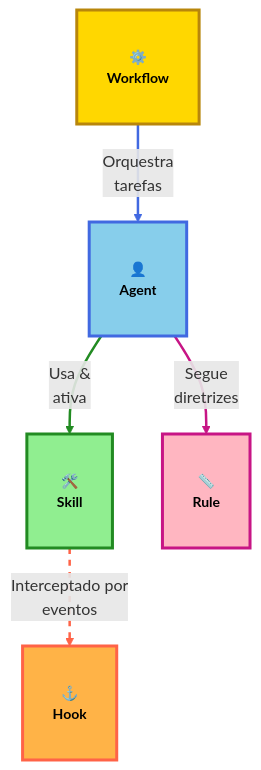
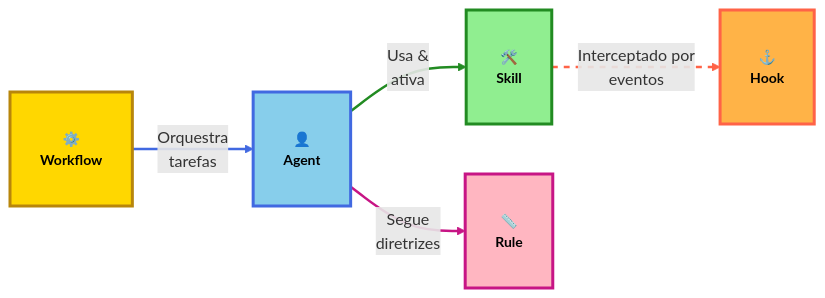
The diagram in src/index.md (juninmd/skills), drawn with Mermaid before and after one commit. The commit also changed other lines of this file and 3 other files, not shown here.

````diff
--- a/src/index.md
+++ b/src/index.md
@@ -559,34 +278,34 @@
 ```mermaid
-flowchart TD
+flowchart LR
   %% Nodes with icons and emojis
   Workflow["⚙️<br/>Workflow"]
   Agent["👤<br/>Agent"]
   Skill["🛠️<br/>Skill"]
   Rule["📏<br/>Rule"]
   Hook["⚓<br/>Hook"]
 
   %% Edges with descriptive labels
   Workflow -->|Orquestra<br/>tarefas| Agent
   Agent -->|Usa &<br/>ativa| Skill
   Agent -->|Segue<br/>diretrizes| Rule
   Skill -->|Interceptado por<br/>eventos| Hook
 
   %% Enhanced styling with better contrast and padding
   classDef workflow fill:#FFD700,stroke:#B8860B,stroke-width:3px,color:#000,font-size:14px,font-weight:bold,padding:15px;
   classDef agent fill:#87CEEB,stroke:#4169E1,stroke-width:3px,color:#000,font-size:14px,font-weight:bold,padding:15px;
   classDef skill fill:#90EE90,stroke:#228B22,stroke-width:3px,color:#000,font-size:14px,font-weight:bold,padding:15px;
   classDef rule fill:#FFB6C1,stroke:#C71585,stroke-width:3px,color:#000,font-size:14px,font-weight:bold,padding:15px;
   classDef hook fill:#FFB347,stroke:#FF6347,stroke-width:3px,color:#000,font-size:14px,font-weight:bold,padding:15px;
 
   class Workflow workflow
   class Agent agent
   class Skill skill
   class Rule rule
   class Hook hook
 
   %% Enhanced link styles
   linkStyle 0 stroke:#4169E1,stroke-width:2.5px;
   linkStyle 1 stroke:#228B22,stroke-width:2.5px;
   linkStyle 2 stroke:#C71585,stroke-width:2.5px;
   linkStyle 3 stroke:#FF6347,stroke-width:2.5px,stroke-dasharray:6;
 ```
````
